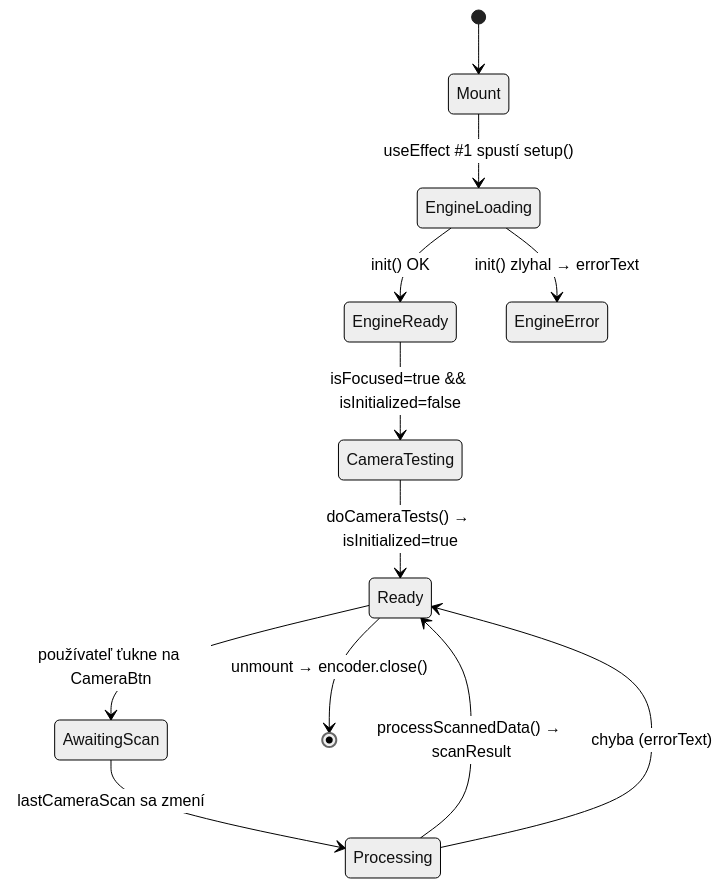
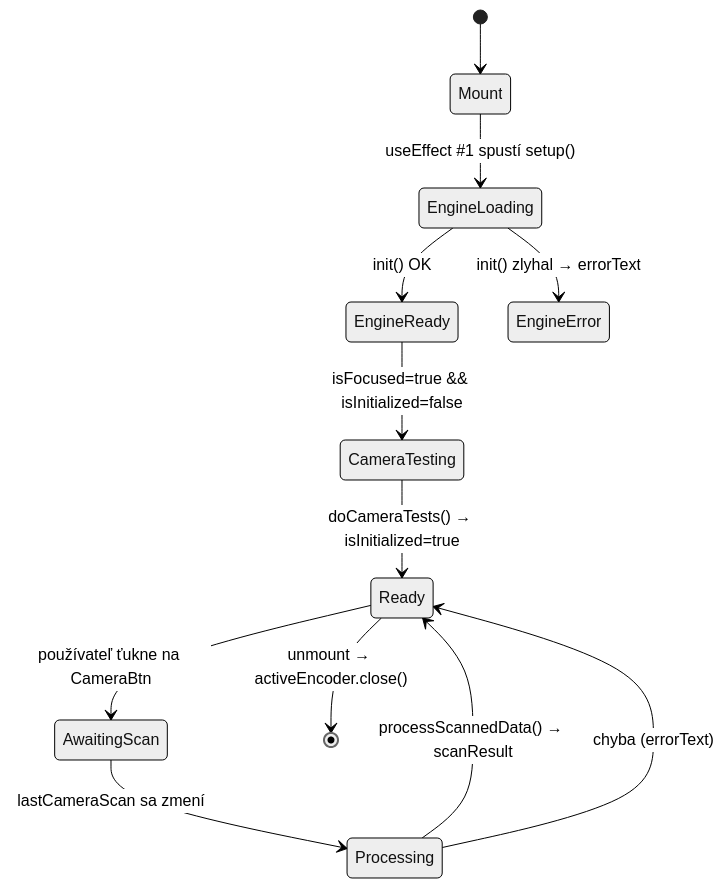
The first of 8 diagrams in docs/03-datovy-tok-a-zivotny-cyklus.md (GS1SlovakiaOrg/expo-gs1-s-e-example), drawn with Mermaid (neutral theme) before and after one commit. The commit also changed other lines of this file and 7 other files, not shown here.

````diff
--- a/docs/03-datovy-tok-a-zivotny-cyklus.md
+++ b/docs/03-datovy-tok-a-zivotny-cyklus.md
@@ -29,14 +29,14 @@
 ```mermaid
 stateDiagram-v2
     [*] --> Mount
     Mount --> EngineLoading: useEffect #1 spustí setup()
     EngineLoading --> EngineReady: init() OK
     EngineLoading --> EngineError: init() zlyhal → errorText
     EngineReady --> CameraTesting: isFocused=true && isInitialized=false
     CameraTesting --> Ready: doCameraTests() → isInitialized=true
     Ready --> AwaitingScan: používateľ ťukne na CameraBtn
     AwaitingScan --> Processing: lastCameraScan sa zmení
     Processing --> Ready: processScannedData() → scanResult
     Processing --> Ready: chyba (errorText)
-    Ready --> [*]: unmount → encoder.close()
+    Ready --> [*]: unmount → activeEncoder.close()
 ```
````
